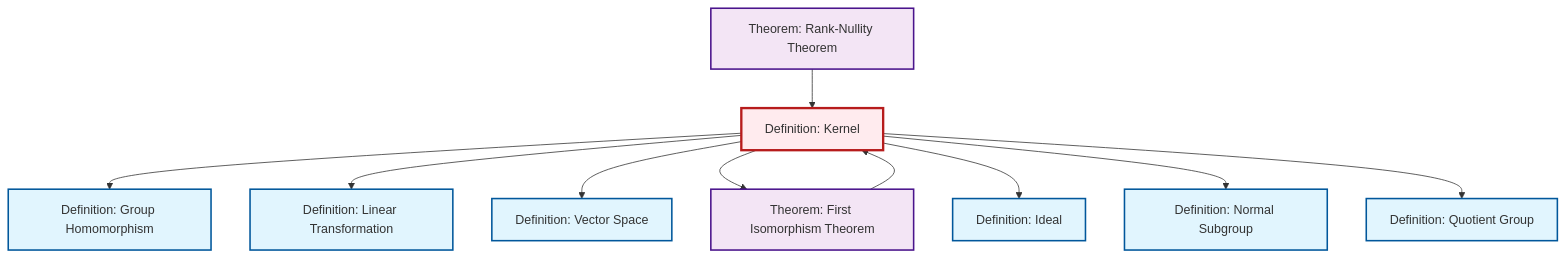
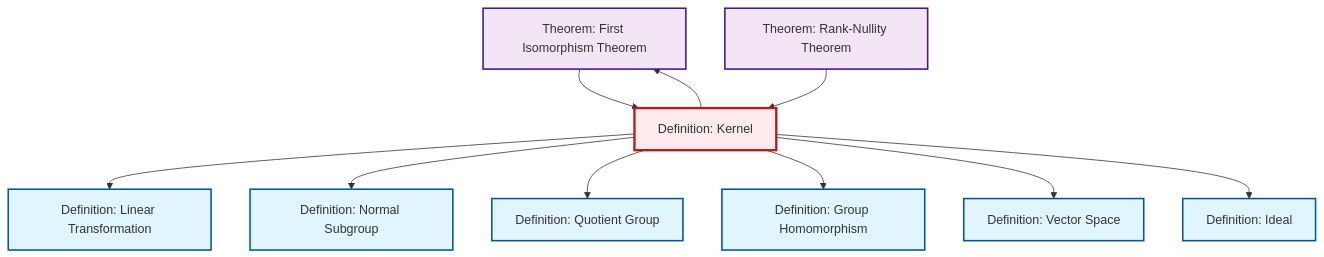
The diagram in content/ja/algebra/def-kernel.qmd (RK0429/ModernMath), drawn with Mermaid before and after one commit. The commit also changed other lines of this file and 22 other files, not shown here.

````diff
--- a/content/ja/algebra/def-kernel.qmd
+++ b/content/ja/algebra/def-kernel.qmd
@@ -80,36 +81,36 @@
 ```{mermaid}
 %%| fig-cap: "Local dependency graph"
 graph TD
     classDef definition fill:#e1f5fe,stroke:#01579b,stroke-width:2px
     classDef theorem fill:#f3e5f5,stroke:#4a148c,stroke-width:2px
     classDef axiom fill:#fff3e0,stroke:#e65100,stroke-width:2px
     classDef example fill:#e8f5e9,stroke:#1b5e20,stroke-width:2px
     classDef current fill:#ffebee,stroke:#b71c1c,stroke-width:3px
+    def-homomorphism["Definition: Group Homomorphism"]:::definition
+    def-ideal["Definition: Ideal"]:::definition
+    thm-first-isomorphism["Theorem: First Isomorphism Theorem"]:::theorem
+    def-linear-transformation["Definition: Linear Transformation"]:::definition
     def-quotient-group["Definition: Quotient Group"]:::definition
     def-vector-space["Definition: Vector Space"]:::definition
     thm-rank-nullity["Theorem: Rank-Nullity Theorem"]:::theorem
     def-kernel["Definition: Kernel"]:::definition
-    def-ideal["Definition: Ideal"]:::definition
-    def-linear-transformation["Definition: Linear Transformation"]:::definition
     def-normal-subgroup["Definition: Normal Subgroup"]:::definition
-    def-homomorphism["Definition: Group Homomorphism"]:::definition
-    thm-first-isomorphism["Theorem: First Isomorphism Theorem"]:::theorem
+    def-kernel --> def-linear-transformation
+    def-kernel --> def-normal-subgroup
+    def-kernel --> def-quotient-group
     def-kernel --> def-homomorphism
-    def-kernel --> def-linear-transformation
-    thm-rank-nullity --> def-kernel
     def-kernel --> def-vector-space
     def-kernel --> thm-first-isomorphism
     thm-first-isomorphism --> def-kernel
+    thm-rank-nullity --> def-kernel
     def-kernel --> def-ideal
-    def-kernel --> def-normal-subgroup
-    def-kernel --> def-quotient-group
     class def-kernel current
+    click def-homomorphism "def-homomorphism.html" "Definition: Group Homomorphismへ"
+    click def-ideal "def-ideal.html" "Definition: Idealへ"
+    click thm-first-isomorphism "thm-first-isomorphism.html" "Theorem: First Isomorphism Theoremへ"
+    click def-linear-transformation "def-linear-transformation.html" "Definition: Linear Transformationへ"
     click def-quotient-group "def-quotient-group.html" "Definition: Quotient Groupへ"
     click def-vector-space "def-vector-space.html" "Definition: Vector Spaceへ"
     click thm-rank-nullity "thm-rank-nullity.html" "Theorem: Rank-Nullity Theoremへ"
-    click def-ideal "def-ideal.html" "Definition: Idealへ"
-    click def-linear-transformation "def-linear-transformation.html" "Definition: Linear Transformationへ"
     click def-normal-subgroup "def-normal-subgroup.html" "Definition: Normal Subgroupへ"
-    click def-homomorphism "def-homomorphism.html" "Definition: Group Homomorphismへ"
-    click thm-first-isomorphism "thm-first-isomorphism.html" "Theorem: First Isomorphism Theoremへ"
 ```
````
